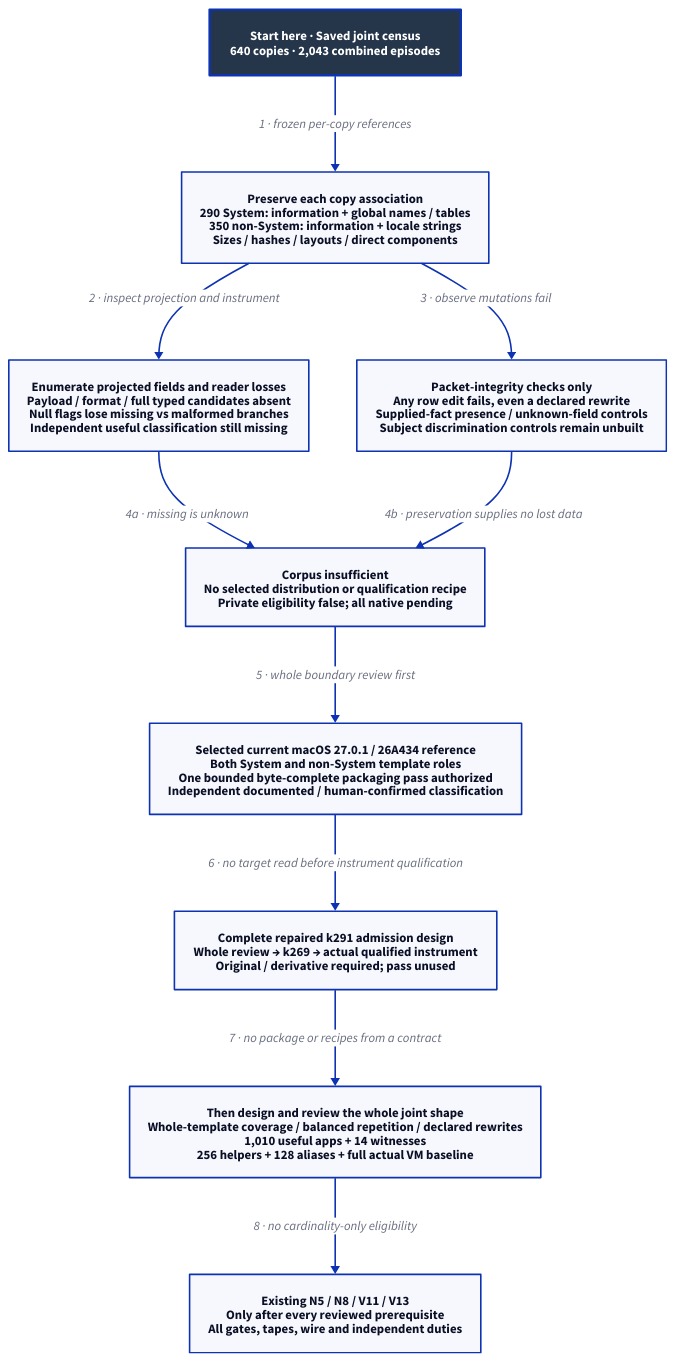
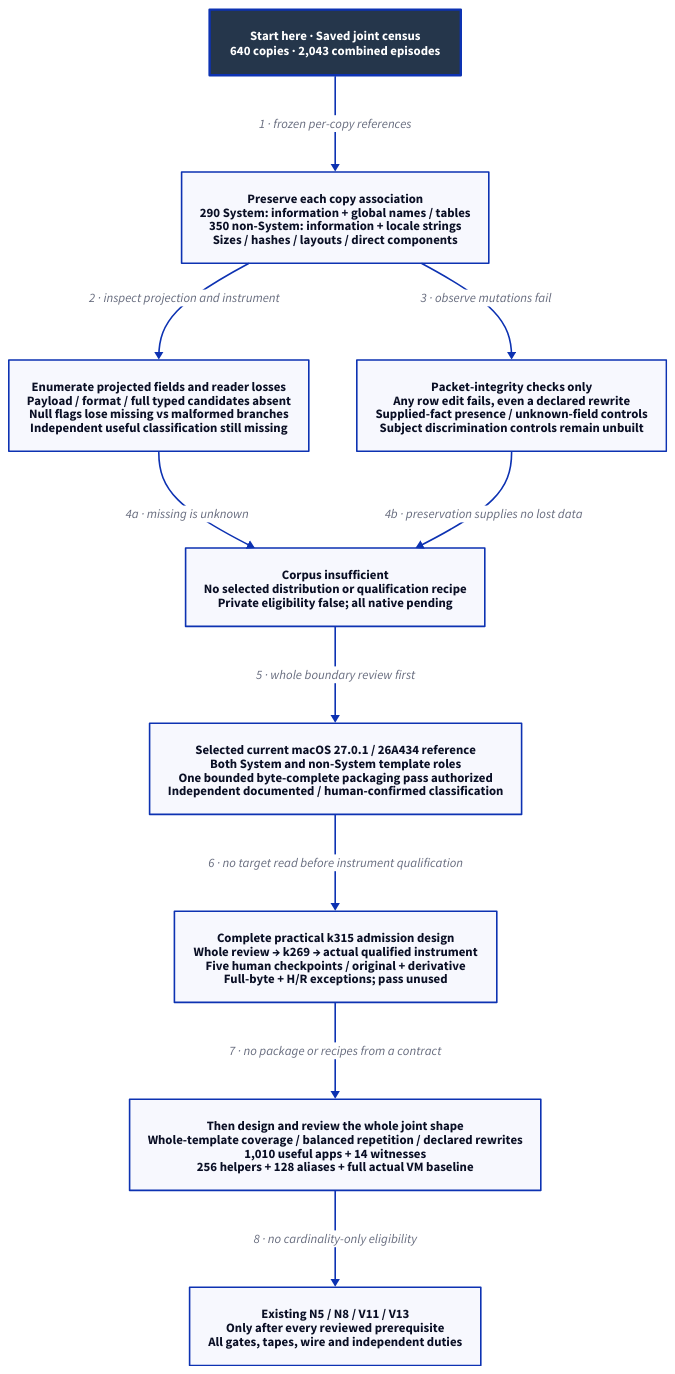
The diagram in docs/design/architecture/native-population-metadata-shape.d2 (Linkuistics/Koine), drawn with D2 before and after one commit. The commit also changed 52 other files, not shown here.

Commit message:
Repair practical reference admission design (reference-evidence-practical-admission-k315)

```diff
--- a/docs/design/architecture/native-population-metadata-shape.d2
+++ b/docs/design/architecture/native-population-metadata-shape.d2
@@ -1,23 +1,23 @@
 # Historical boundary and selected current-reference requirements; no useful subject or native pass.
 direction: down
 classes: {
   start: {style: {fill: "#25364B"; font-color: "#FFFFFF"; bold: true; stroke-width: 3}}
 }
 Start: "Start here · Saved joint census\n640 copies · 2,043 combined episodes" {class: start}
 Known: "Preserve each copy association\n290 System: information + global names / tables\n350 non-System: information + locale strings\nSizes / hashes / layouts / direct components"
 Missing: "Enumerate projected fields and reader losses\nPayload / format / full typed candidates absent\nNull flags lose missing vs malformed branches\nIndependent useful classification still missing"
 Control: "Packet-integrity checks only\nAny row edit fails, even a declared rewrite\nSupplied-fact presence / unknown-field controls\nSubject discrimination controls remain unbuilt"
 Boundary: "Corpus insufficient\nNo selected distribution or qualification recipe\nPrivate eligibility false; all native pending"
 Decision: "Selected current macOS 27.0.1 / 26A434 reference\nBoth System and non-System template roles\nOne bounded byte-complete packaging pass authorized\nIndependent documented / human-confirmed classification"
-Contract: "Complete repaired k291 admission design\nWhole review → k269 → actual qualified instrument\nOriginal / derivative required; pass unused"
+Contract: "Complete practical k315 admission design\nWhole review → k269 → actual qualified instrument\nFive human checkpoints / original + derivative\nFull-byte + H/R exceptions; pass unused"
 Design: "Then design and review the whole joint shape\nWhole-template coverage / balanced repetition / declared rewrites\n1,010 useful apps + 14 witnesses\n256 helpers + 128 aliases + full actual VM baseline"
 Native: "Existing N5 / N8 / V11 / V13\nOnly after every reviewed prerequisite\nAll gates, tapes, wire and independent duties"
 Start -> Known: "1 · frozen per-copy references"
 Known -> Missing: "2 · inspect projection and instrument"
 Known -> Control: "3 · observe mutations fail"
 Missing -> Boundary: "4a · missing is unknown"
 Control -> Boundary: "4b · preservation supplies no lost data"
 Boundary -> Decision: "5 · whole boundary review first"
 Decision -> Contract: "6 · no target read before instrument qualification"
 Contract -> Design: "7 · no package or recipes from a contract"
 Design -> Native: "8 · no cardinality-only eligibility"
```
